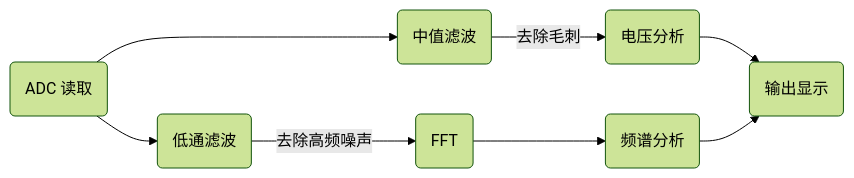
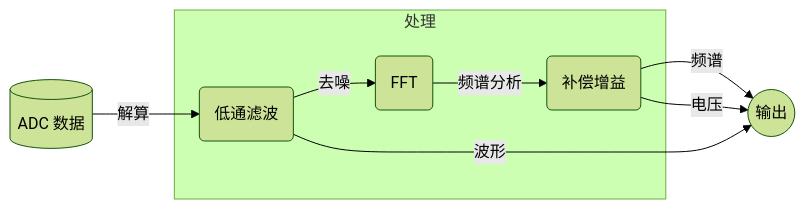
The second of 4 diagrams in report.md (su011307/2026-g), drawn with Mermaid (forest theme) before and after one commit. The commit also changed other lines of this file and 40 other files, not shown here.

````diff
--- a/report.md
+++ b/report.md
@@ -58,16 +58,16 @@
 ```mermaid
 flowchart LR
-    adc("ADC 读取")
-    median("中值滤波")
-    lowpass("低通滤波")
-    fft("FFT")
+    adc[("ADC 数据")]
 
-    voltage("电压分析")
-    spectrum("频谱分析")
+    subgraph "处理"
+        lowpass("低通滤波")
+        fft("FFT")
+        compensate("补偿增益")
+    end
 
-    output("输出显示")
+    output(("输出"))
 
-    adc --> median -->|去除毛刺| voltage --> output
-
-    adc --> lowpass --> |去除高频噪声| fft --> spectrum --> output
+    adc --> |解算| lowpass --> |去噪| fft --> |频谱分析| compensate --> |频谱| output
+    lowpass --> |波形| output
+    compensate --> |电压| output
 ```
````
